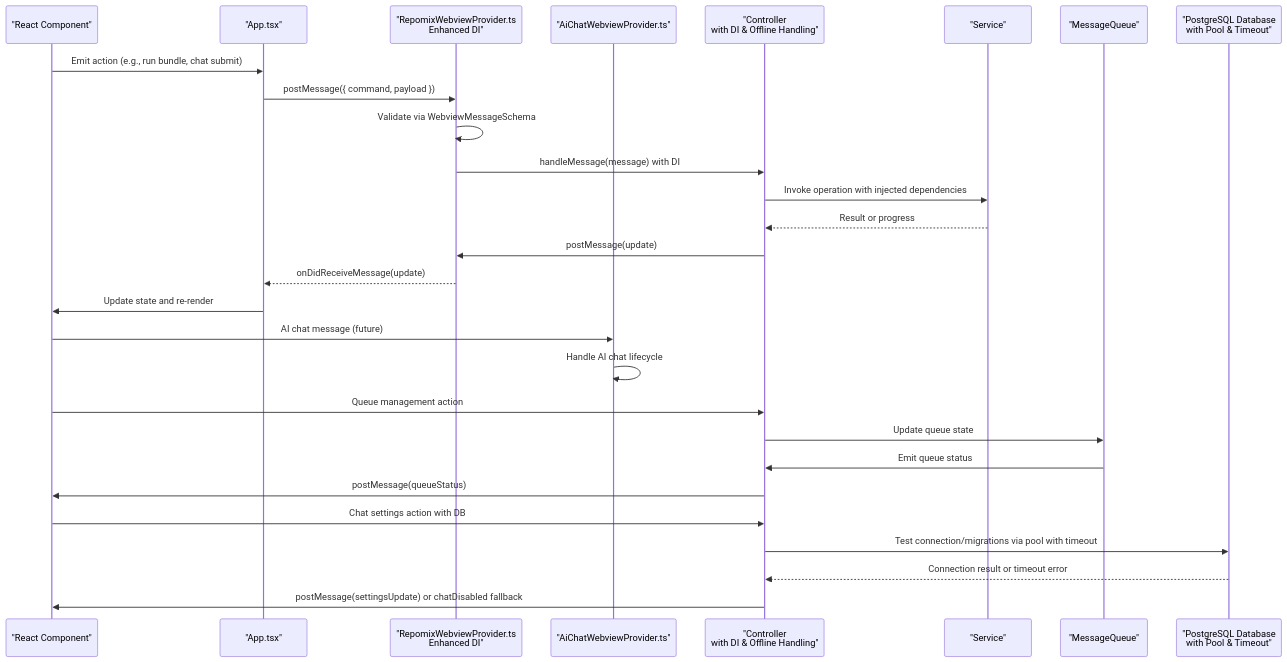
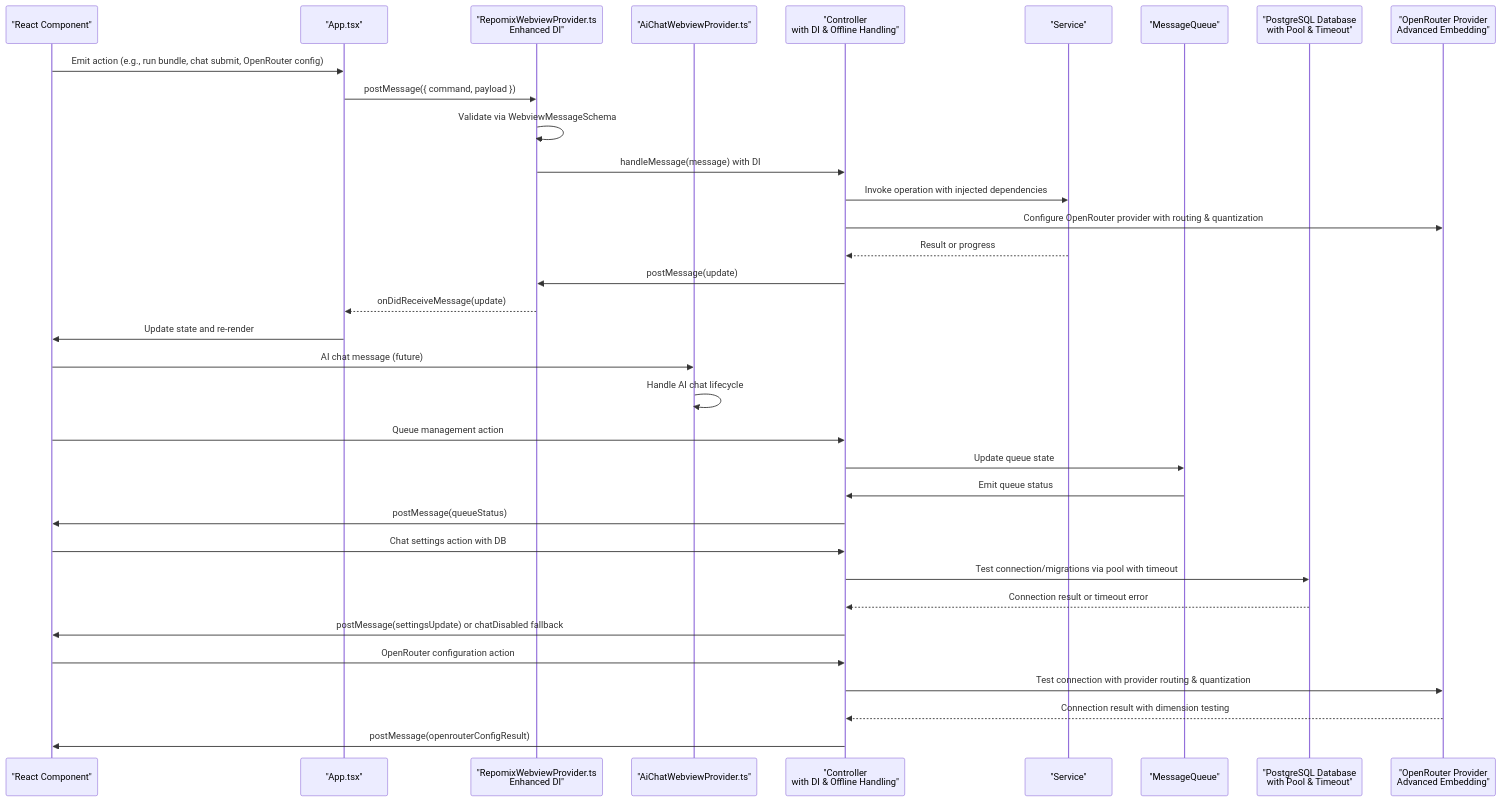
One commit to bramburn/repomix-runner changed the second of 19 diagrams in .qoder/repowiki/en/content/Webview Interface/Webview Interface.md. Above: the diagram before and after it, drawn with Mermaid. The commit also changed other lines of this file and 14 other files, not shown here.

````diff
--- a/.qoder/repowiki/en/content/Webview Interface/Webview Interface.md
+++ b/.qoder/repowiki/en/content/Webview Interface/Webview Interface.md
@@ -283,30 +297,36 @@
 ```mermaid
 sequenceDiagram
 participant UI as "React Component"
 participant APP as "App.tsx"
 participant RPV as "RepomixWebviewProvider.ts<br/>Enhanced DI"
 participant AICHPV as "AiChatWebviewProvider.ts"
 participant CTRL as "Controller<br/>with DI & Offline Handling"
 participant SVC as "Service"
 participant QUEUE as "MessageQueue"
 participant DB as "PostgreSQL Database<br/>with Pool & Timeout"
-UI->>APP : Emit action (e.g., run bundle, chat submit)
+participant OPENROUTER as "OpenRouter Provider<br/>Advanced Embedding"
+UI->>APP : Emit action (e.g., run bundle, chat submit, OpenRouter config)
 APP->>RPV : postMessage({ command, payload })
 RPV->>RPV : Validate via WebviewMessageSchema
 RPV->>CTRL : handleMessage(message) with DI
 CTRL->>SVC : Invoke operation with injected dependencies
+CTRL->>OPENROUTER : Configure OpenRouter provider with routing & quantization
 SVC-->>CTRL : Result or progress
 CTRL->>RPV : postMessage(update)
 RPV-->>APP : onDidReceiveMessage(update)
 APP->>UI : Update state and re-render
 UI->>AICHPV : AI chat message (future)
 AICHPV->>AICHPV : Handle AI chat lifecycle
 UI->>CTRL : Queue management action
 CTRL->>QUEUE : Update queue state
 QUEUE->>CTRL : Emit queue status
 CTRL->>UI : postMessage(queueStatus)
 UI->>CTRL : Chat settings action with DB
 CTRL->>DB : Test connection/migrations via pool with timeout
 DB-->>CTRL : Connection result or timeout error
 CTRL->>UI : postMessage(settingsUpdate) or chatDisabled fallback
+UI->>CTRL : OpenRouter configuration action
+CTRL->>OPENROUTER : Test connection with provider routing & quantization
+OPENROUTER-->>CTRL : Connection result with dimension testing
+CTRL->>UI : postMessage(openrouterConfigResult)
 ```
````
